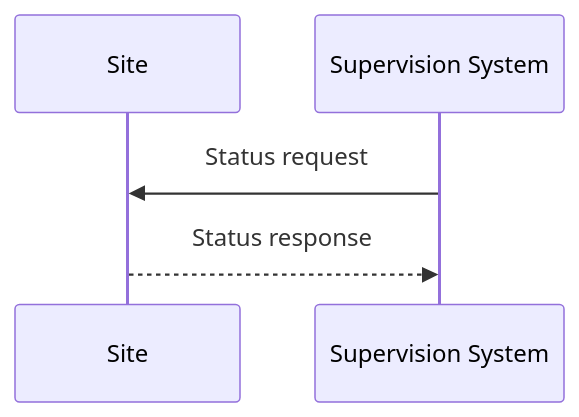
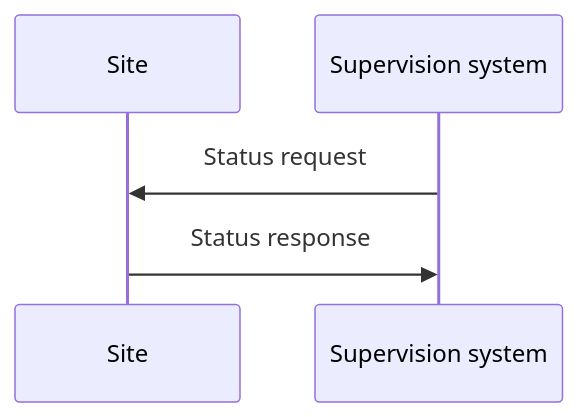
Before and after one commit to rsmp-nordic/rsmp_core: the tenth of 16 diagrams in pages/applicability/basic_structure.md, drawn with Mermaid. The commit also changed other lines of this file and 25 other files, not shown here.

````diff
--- a/pages/applicability/basic_structure.md
+++ b/pages/applicability/basic_structure.md
@@ -978,7 +1015,7 @@
 ```mermaid
 sequenceDiagram
     participant A as Site
-    participant B as Supervision System
+    participant B as Supervision system
     B->>A: Status request
-    A-->>B: Status response
+    A->>B: Status response
 ```
````
